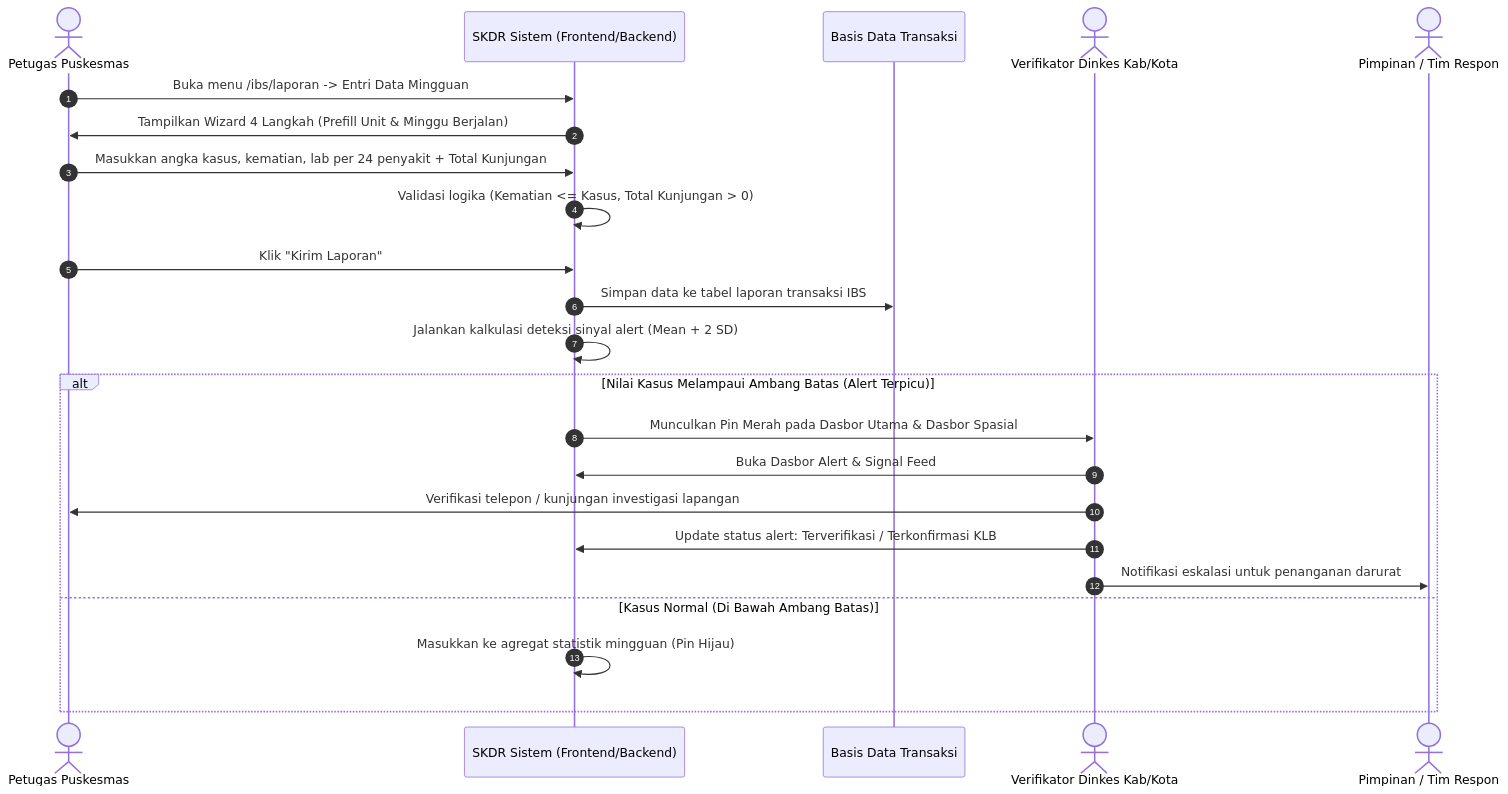
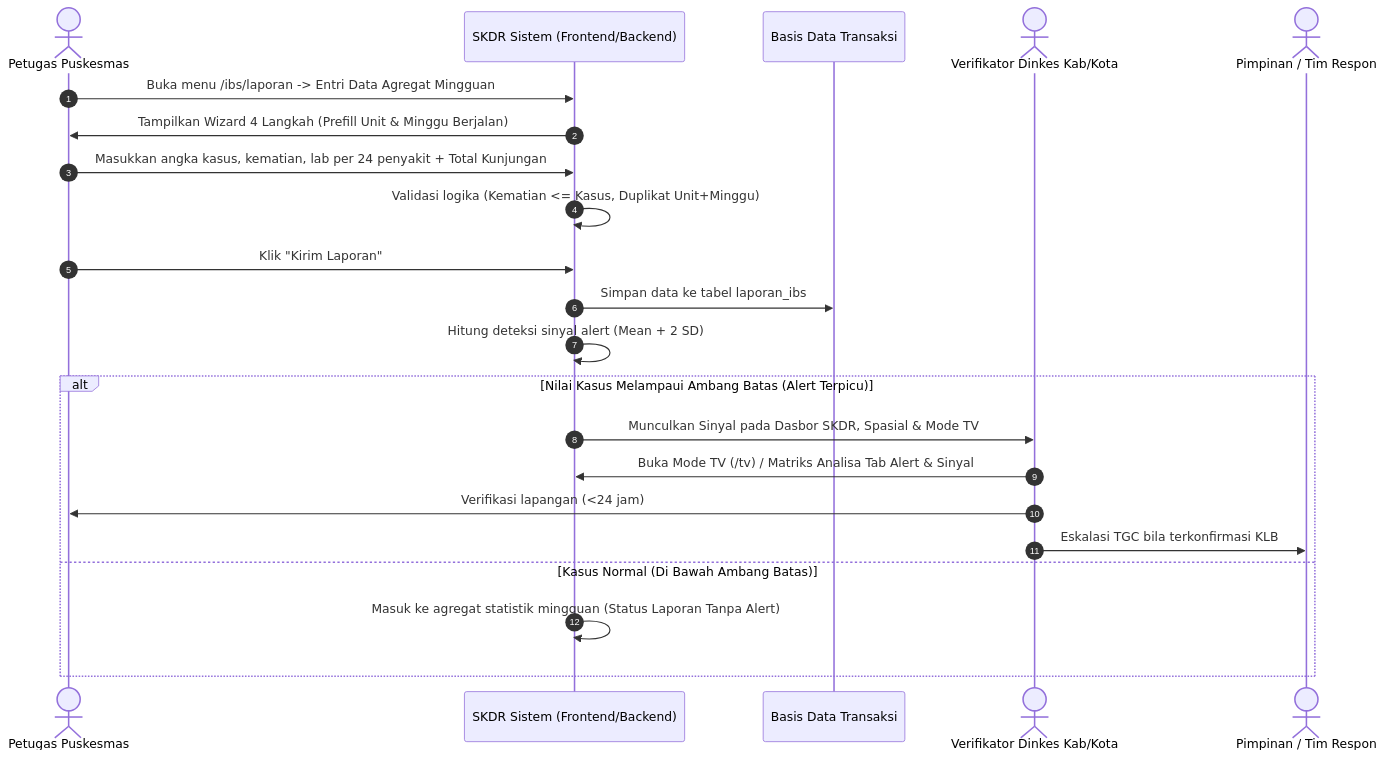
Before and after one commit to cuatiawww/skdr-indonesia: the eighth of 12 diagrams in docs/BRD_SRS_FITUR_FORM_DAN_DASBOR.md, drawn with Mermaid. The commit also changed other lines of this file and 2 other files, not shown here.

Commit message:
docs(brd-srs): update BRD/SRS documentation to v1.1 matching current pages and spatial TV mode (PR 051)

````diff
--- a/docs/BRD_SRS_FITUR_FORM_DAN_DASBOR.md
+++ b/docs/BRD_SRS_FITUR_FORM_DAN_DASBOR.md
@@ -382,26 +405,25 @@
 ```mermaid
 sequenceDiagram
     autonumber
     actor P as Petugas Puskesmas
     participant S as SKDR Sistem (Frontend/Backend)
     participant DB as Basis Data Transaksi
     actor V as Verifikator Dinkes Kab/Kota
     actor D as Pimpinan / Tim Respon
 
-    P->>S: Buka menu /ibs/laporan -> Entri Data Mingguan
+    P->>S: Buka menu /ibs/laporan -> Entri Data Agregat Mingguan
     S->>P: Tampilkan Wizard 4 Langkah (Prefill Unit & Minggu Berjalan)
     P->>S: Masukkan angka kasus, kematian, lab per 24 penyakit + Total Kunjungan
-    S->>S: Validasi logika (Kematian <= Kasus, Total Kunjungan > 0)
+    S->>S: Validasi logika (Kematian <= Kasus, Duplikat Unit+Minggu)
     P->>S: Klik "Kirim Laporan"
-    S->>DB: Simpan data ke tabel laporan transaksi IBS
-    S->>S: Jalankan kalkulasi deteksi sinyal alert (Mean + 2 SD)
+    S->>DB: Simpan data ke tabel laporan_ibs
+    S->>S: Hitung deteksi sinyal alert (Mean + 2 SD)
     alt Nilai Kasus Melampaui Ambang Batas (Alert Terpicu)
-        S->>V: Munculkan Pin Merah pada Dasbor Utama & Dasbor Spasial
-        V->>S: Buka Dasbor Alert & Signal Feed
-        V->>P: Verifikasi telepon / kunjungan investigasi lapangan
-        V->>S: Update status alert: Terverifikasi / Terkonfirmasi KLB
-        V->>D: Notifikasi eskalasi untuk penanganan darurat
+        S->>V: Munculkan Sinyal pada Dasbor SKDR, Spasial & Mode TV
+        V->>S: Buka Mode TV (/tv) / Matriks Analisa Tab Alert & Sinyal
+        V->>P: Verifikasi lapangan (<24 jam)
+        V->>D: Eskalasi TGC bila terkonfirmasi KLB
     else Kasus Normal (Di Bawah Ambang Batas)
-        S->>S: Masukkan ke agregat statistik mingguan (Pin Hijau)
+        S->>S: Masuk ke agregat statistik mingguan (Status Laporan Tanpa Alert)
     end
 ```
````
